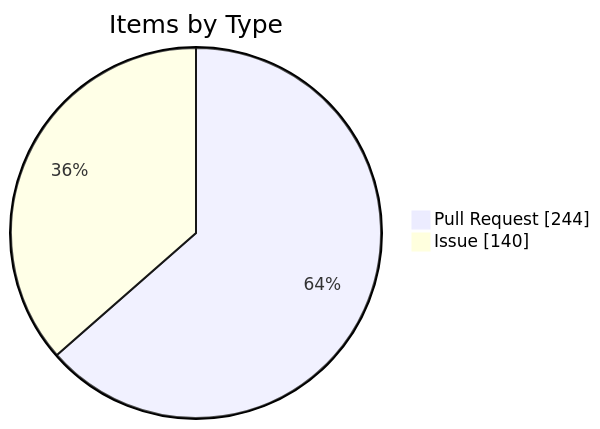
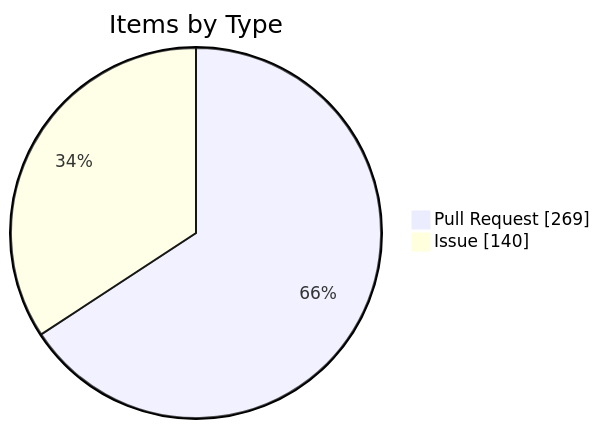
The fourth of 4 diagrams in apps/kbve/astro-kbve/src/content/docs/dashboard/kanban-data.mdx (KBVE/kbve), drawn with Mermaid before and after one commit. The commit also changed other lines of this file and 2 other files, not shown here.

````diff
--- a/apps/kbve/astro-kbve/src/content/docs/dashboard/kanban-data.mdx
+++ b/apps/kbve/astro-kbve/src/content/docs/dashboard/kanban-data.mdx
@@ -246,6 +246,6 @@
 ```mermaid
 pie showData
     title Items by Type
-    "Pull Request" : 244
+    "Pull Request" : 269
     "Issue" : 140
 ```
````
